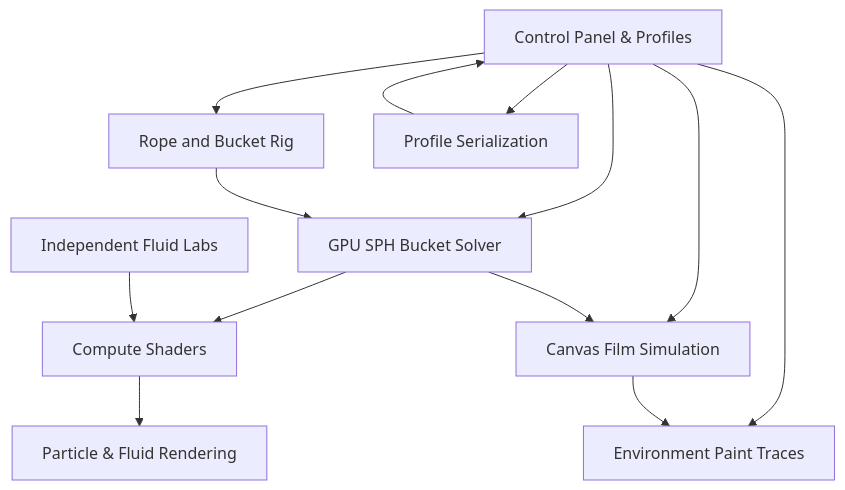
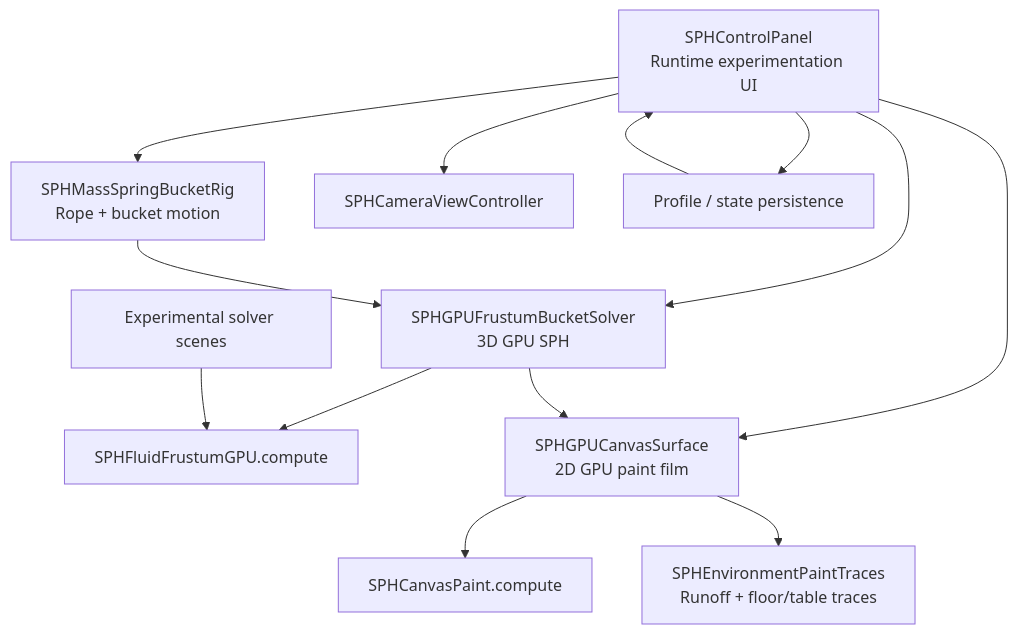
One commit to fouaddalloul1/gpu-sph-painting-engine changed the diagram in README.md. Above: the diagram before and after it, drawn with Mermaid. The commit also changed other lines of this file, not shown here.

````diff
--- a/README.md
+++ b/README.md
@@ -93,25 +283,26 @@
 ```mermaid
 flowchart TD
-    UI[Control Panel & Profiles]
-    RIG[Rope and Bucket Rig]
-    SOLVER[GPU SPH Bucket Solver]
-    COMPUTE[Compute Shaders]
-    RENDER[Particle & Fluid Rendering]
-    CANVAS[Canvas Film Simulation]
-    ENV[Environment Paint Traces]
-    PROFILE[Profile Serialization]
-    LABS[Independent Fluid Labs]
+    UI[SPHControlPanel\nRuntime experimentation UI]
+    RIG[SPHMassSpringBucketRig\nRope + bucket motion]
+    SOLVER[SPHGPUFrustumBucketSolver\n3D GPU SPH]
+    COMPUTE[SPHFluidFrustumGPU.compute]
+    CANVAS[SPHGPUCanvasSurface\n2D GPU paint film]
+    FILM[SPHCanvasPaint.compute]
+    ENV[SPHEnvironmentPaintTraces\nRunoff + floor/table traces]
+    CAMERA[SPHCameraViewController]
+    PROFILE[Profile / state persistence]
+    LABS[Experimental solver scenes]
 
     UI --> RIG
     UI --> SOLVER
     UI --> CANVAS
-    UI --> ENV
+    UI --> CAMERA
     UI --> PROFILE
     RIG --> SOLVER
     SOLVER --> COMPUTE
-    COMPUTE --> RENDER
     SOLVER --> CANVAS
+    CANVAS --> FILM
     CANVAS --> ENV
     PROFILE --> UI
     LABS --> COMPUTE
 ```
````
